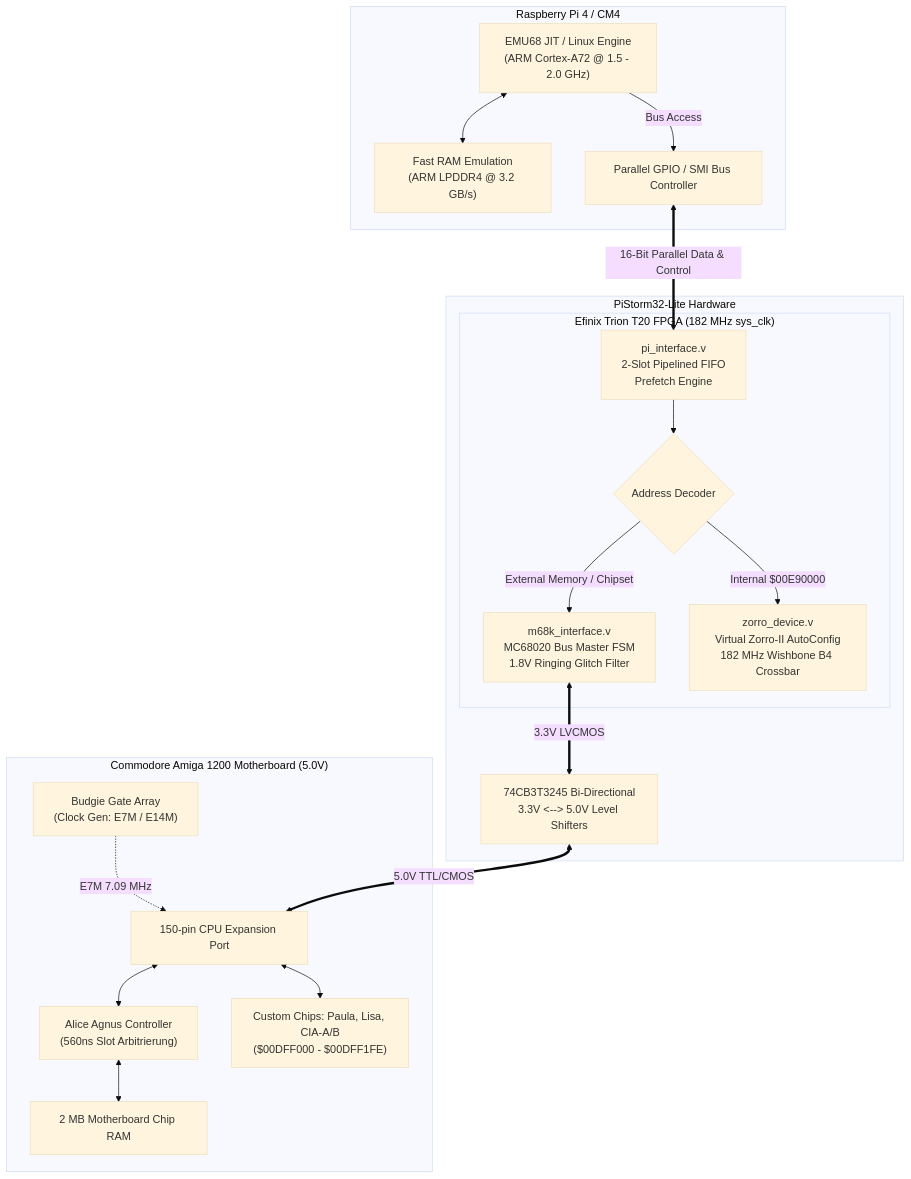
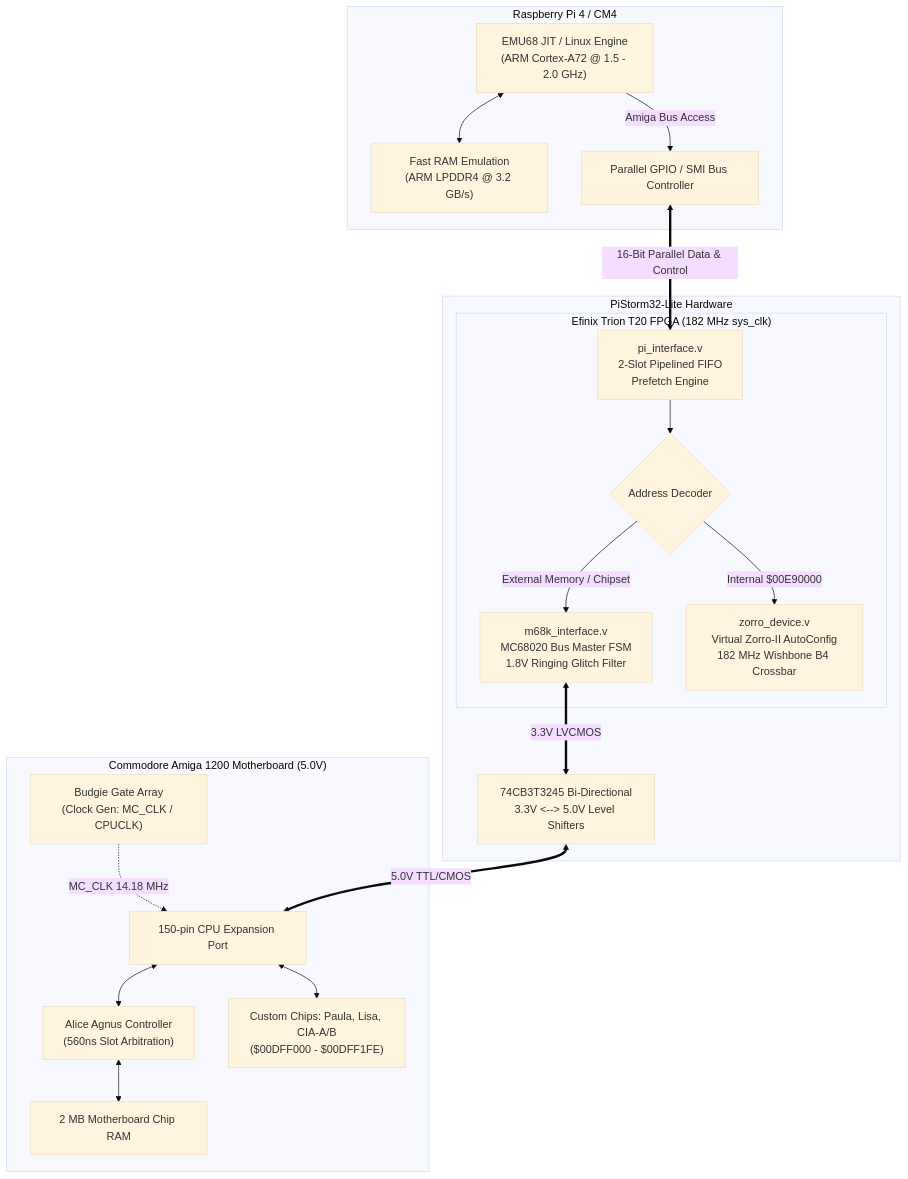
Before and after one commit to PiStorm/pistorm32-lite-gateware: the first of 5 diagrams in DOCS/HOW_IT_WORKS.md, drawn with Mermaid (base theme). The commit also changed other lines of this file and 5 other files, not shown here.

First line of the commit message:
docs: standardize strictly to English and correct clock naming to MC_CLK (CPUCLK 14.18 MHz)

````diff
--- a/DOCS/HOW_IT_WORKS.md
+++ b/DOCS/HOW_IT_WORKS.md
@@ -18,42 +18,42 @@
 ```mermaid
 flowchart TD
     subgraph Host ["Raspberry Pi 4 / CM4"]
         EMU68["EMU68 JIT / Linux Engine<br/>(ARM Cortex-A72 @ 1.5 - 2.0 GHz)"]
         FastRAM["Fast RAM Emulation<br/>(ARM LPDDR4 @ 3.2 GB/s)"]
         SMI["Parallel GPIO / SMI Bus Controller"]
         EMU68 <--> FastRAM
-        EMU68 -->|Bus Access| SMI
+        EMU68 -->|Amiga Bus Access| SMI
     end
 
     subgraph Hardware ["PiStorm32-Lite Hardware"]
         LevelShifter["74CB3T3245 Bi-Directional<br/>3.3V <--> 5.0V Level Shifters"]
         
         subgraph FPGA ["Efinix Trion T20 FPGA (182 MHz sys_clk)"]
             PI_IF["pi_interface.v<br/>2-Slot Pipelined FIFO<br/>Prefetch Engine"]
             DEC{"Address Decoder"}
             M68K_IF["m68k_interface.v<br/>MC68020 Bus Master FSM<br/>1.8V Ringing Glitch Filter"]
             ZORRO_IF["zorro_device.v<br/>Virtual Zorro-II AutoConfig<br/>182 MHz Wishbone B4 Crossbar"]
             
             PI_IF --> DEC
             DEC -->|External Memory / Chipset| M68K_IF
             DEC -->|Internal $00E90000| ZORRO_IF
         end
     end
 
     subgraph Amiga ["Commodore Amiga 1200 Motherboard (5.0V)"]
         Trapdoor["150-pin CPU Expansion Port"]
-        Budgie["Budgie Gate Array<br/>(Clock Gen: E7M / E14M)"]
-        Alice["Alice Agnus Controller<br/>(560ns Slot Arbitrierung)"]
+        Budgie["Budgie Gate Array<br/>(Clock Gen: MC_CLK / CPUCLK)"]
+        Alice["Alice Agnus Controller<br/>(560ns Slot Arbitration)"]
         ChipRAM["2 MB Motherboard Chip RAM"]
         Chipset["Custom Chips: Paula, Lisa, CIA-A/B<br/>($00DFF000 - $00DFF1FE)"]
         
         Trapdoor <--> Alice
         Trapdoor <--> Chipset
         Alice <--> ChipRAM
-        Budgie -.->|E7M 7.09 MHz| Trapdoor
+        Budgie -.->|MC_CLK 14.18 MHz| Trapdoor
     end
 
     SMI <==>|16-Bit Parallel Data & Control| PI_IF
     M68K_IF <==>|3.3V LVCMOS| LevelShifter
     LevelShifter <==>|5.0V TTL/CMOS| Trapdoor
 ```
````
